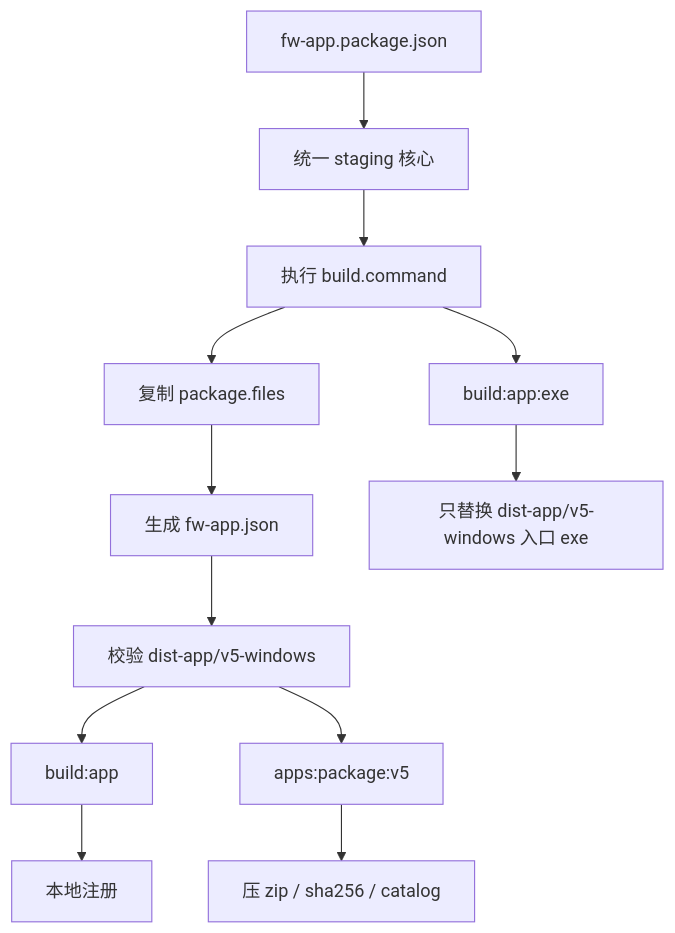
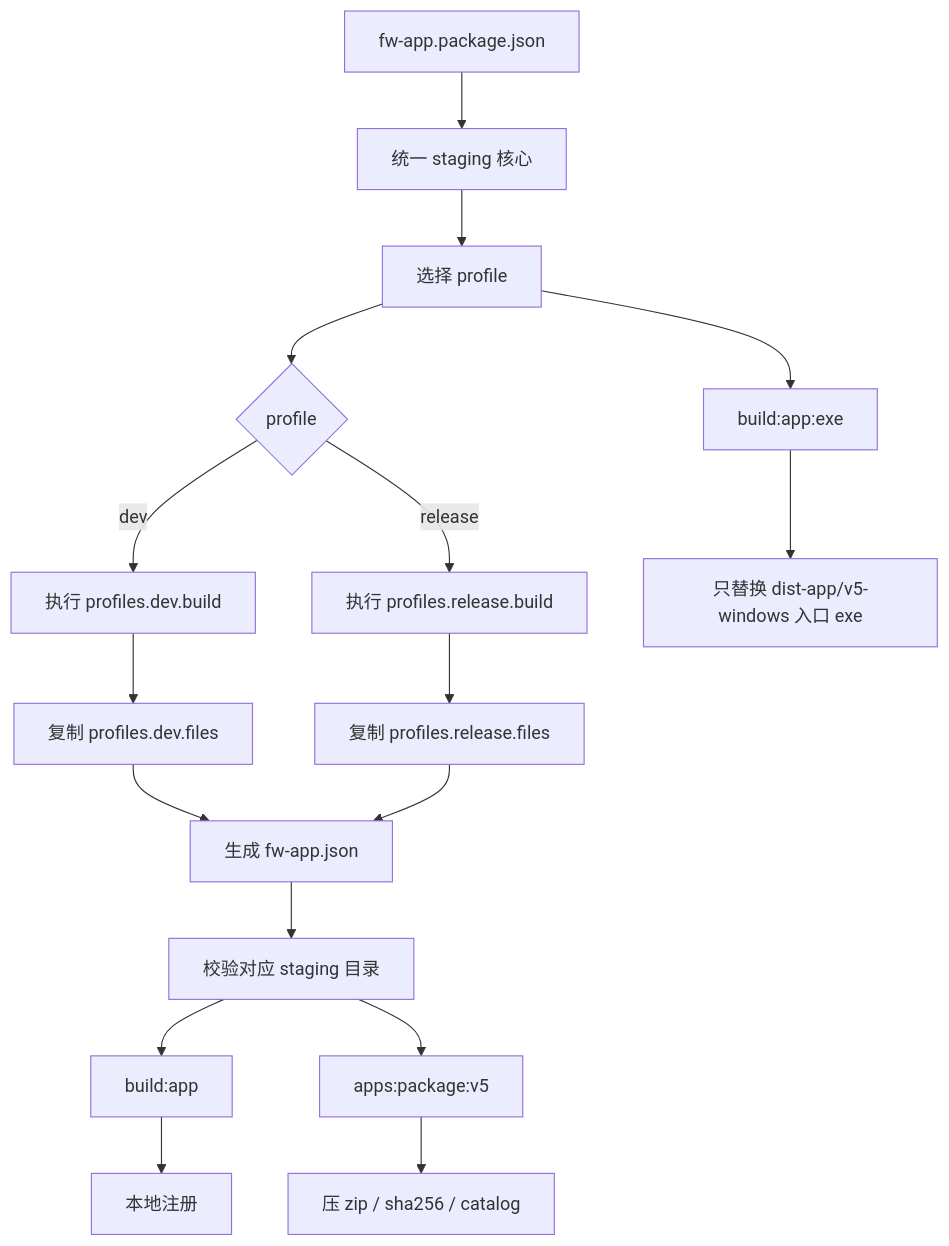
The diagram in apps/v5-reference-app-go/README.md (noelle-silva/fast-window), drawn with Mermaid before and after one commit. The commit also changed other lines of this file and 24 other files, not shown here.

````diff
--- a/apps/v5-reference-app-go/README.md
+++ b/apps/v5-reference-app-go/README.md
@@ -122,17 +145,22 @@
 ```mermaid
 flowchart TD
     A[fw-app.package.json] --> B[统一 staging 核心]
-    B --> C[执行 build.command]
-    C --> D[复制 package.files]
+    B --> C[选择 profile]
+    C --> P{profile}
+    P -->|release| R[执行 profiles.release.build]
+    P -->|dev| V[执行 profiles.dev.build]
+    R --> D[复制 profiles.release.files]
+    V --> M[复制 profiles.dev.files]
+    M --> E[生成 fw-app.json]
     D --> E[生成 fw-app.json]
-    E --> F[校验 dist-app/v5-windows]
+    E --> F[校验对应 staging 目录]
 
     F --> G[build:app]
     G --> H[本地注册]
 
     C --> I[build:app:exe]
     I --> J[只替换 dist-app/v5-windows 入口 exe]
 
     F --> K[apps:package:v5]
     K --> L[压 zip / sha256 / catalog]
 ```
````
